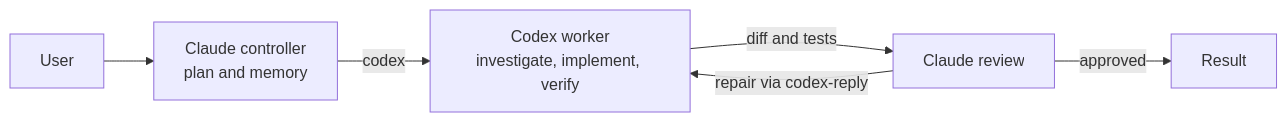
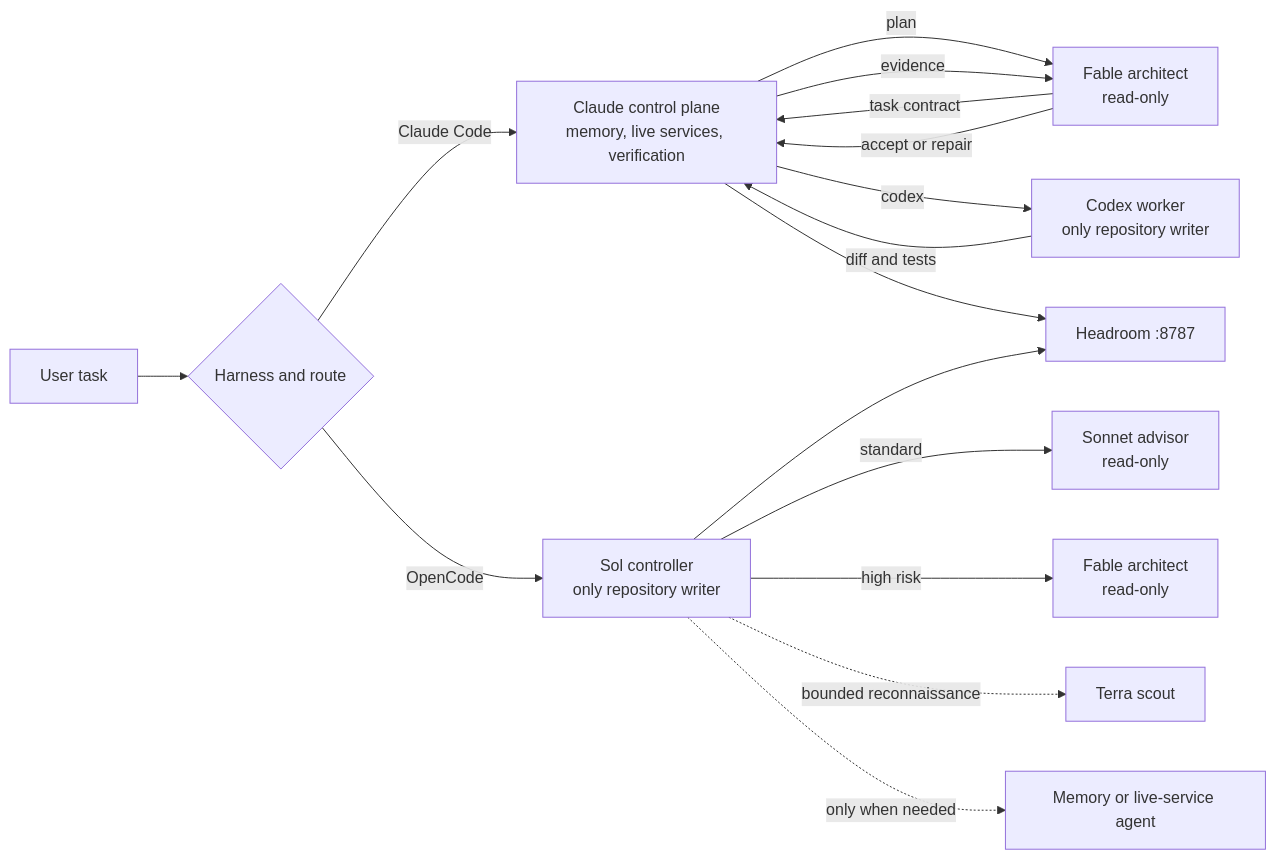
Before and after one commit to arvind9981/harness-workflow: the diagram in README.md, drawn with Mermaid. The commit also changed other lines of this file and 45 other files, not shown here.

````diff
--- a/README.md
+++ b/README.md
@@ -36,8 +34,21 @@
 ```mermaid
 flowchart LR
-    U["User"] --> C["Claude controller<br/>plan and memory"]
-    C -->|codex| W["Codex worker<br/>investigate, implement, verify"]
-    W -->|diff and tests| R["Claude review"]
-    R -->|approved| O["Result"]
-    R -->|repair via codex-reply| W
+    U["User task"] --> R{"Harness and route"}
+
+    R -->|"Claude Code"| C["Claude control plane<br/>memory, live services, verification"]
+    C -->|"plan"| F["Fable architect<br/>read-only"]
+    F -->|"task contract"| C
+    C -->|"codex"| W["Codex worker<br/>only repository writer"]
+    W -->|"diff and tests"| C
+    C -->|"evidence"| F
+    F -->|"accept or repair"| C
+
+    R -->|"OpenCode"| S["Sol controller<br/>only repository writer"]
+    S -->|"standard"| N["Sonnet advisor<br/>read-only"]
+    S -->|"high risk"| OF["Fable architect<br/>read-only"]
+    S -.->|"bounded reconnaissance"| T["Terra scout"]
+    S -.->|"only when needed"| O["Memory or live-service agent"]
+
+    C --> H["Headroom :8787"]
+    S --> H
 ```
````
